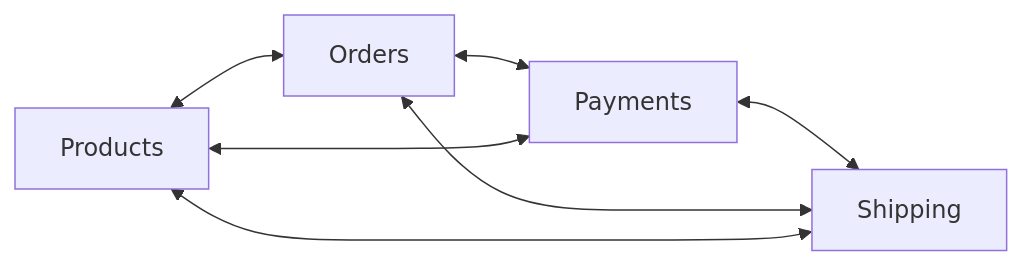
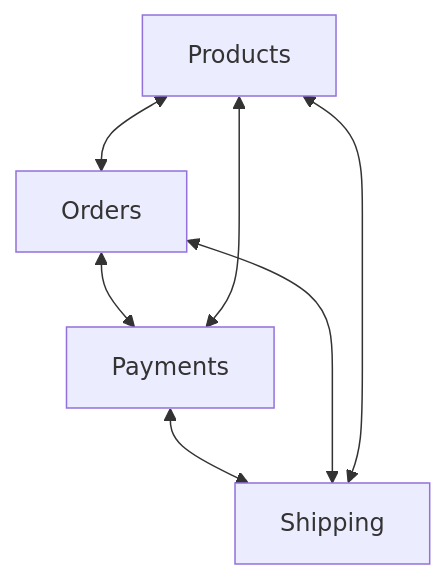
One commit to kimjj81/kimjj81.github.io changed the second of 4 diagrams in source/_posts/2025-08-19-스파게티-코드는-그만-계층형-데이터-구조와-Aggregator-패턴.md. Above: the diagram before and after it, drawn with Mermaid. The commit also changed other lines of this file and 2 other files, not shown here.

````diff
--- a/source/_posts/2025-08-19-스파게티-코드는-그만-계층형-데이터-구조와-Aggregator-패턴.md
+++ b/source/_posts/2025-08-19-스파게티-코드는-그만-계층형-데이터-구조와-Aggregator-패턴.md
@@ -181,9 +181,10 @@
 ```mermaid
-graph LR
+graph
   A[Products] <--> B[Orders]
   B <--> C[Payments]
   C <--> D[Shipping]
   D <--> A
   A <--> C
   B <--> D
+
 ```
````
